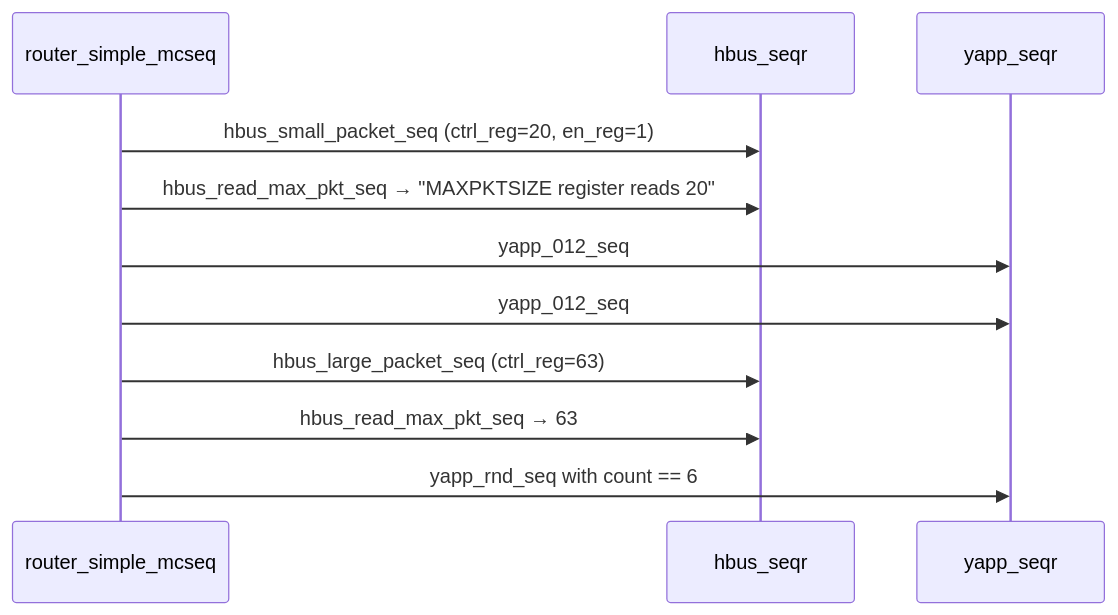
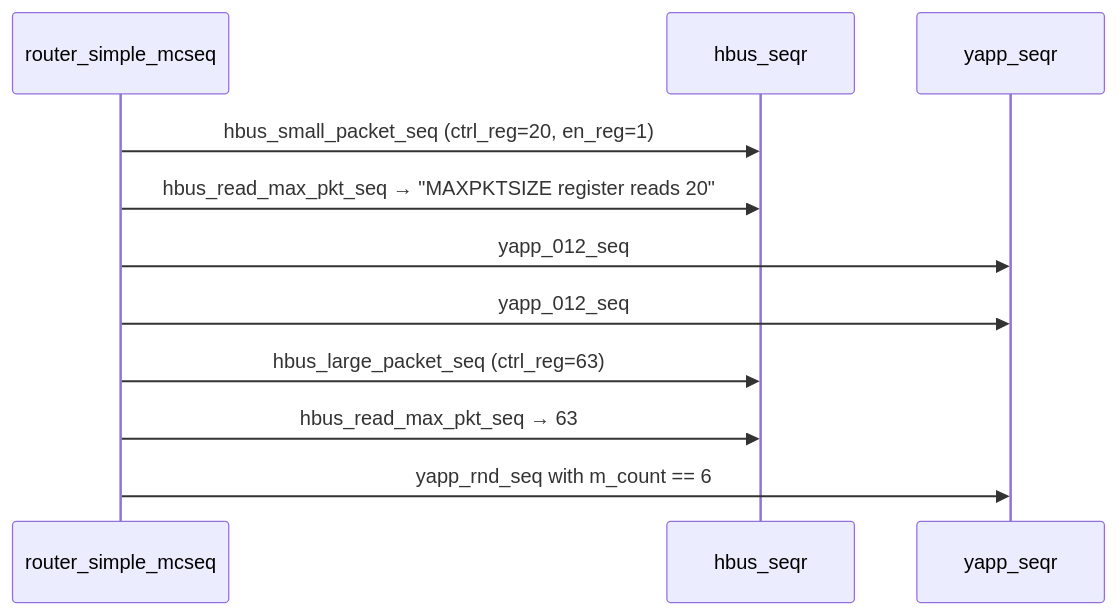
The diagram in docs/labs/lab08.md (tamirgabgab/Qcom-Mentoring), drawn with Mermaid before and after one commit. The commit also changed 83 other files, not shown here.

First line of the commit message:
Site diagrams use the code's variable names

````diff
--- a/docs/labs/lab08.md
+++ b/docs/labs/lab08.md
@@ -22,13 +22,13 @@
 ```mermaid
 sequenceDiagram
     participant MC as router_simple_mcseq
     participant H as hbus_seqr
     participant Y as yapp_seqr
     MC->>H: hbus_small_packet_seq  (ctrl_reg=20, en_reg=1)
     MC->>H: hbus_read_max_pkt_seq  → "MAXPKTSIZE register reads 20"
     MC->>Y: yapp_012_seq
     MC->>Y: yapp_012_seq
     MC->>H: hbus_large_packet_seq  (ctrl_reg=63)
     MC->>H: hbus_read_max_pkt_seq  → 63
-    MC->>Y: yapp_rnd_seq with count == 6
+    MC->>Y: yapp_rnd_seq with m_count == 6
 ```
````
